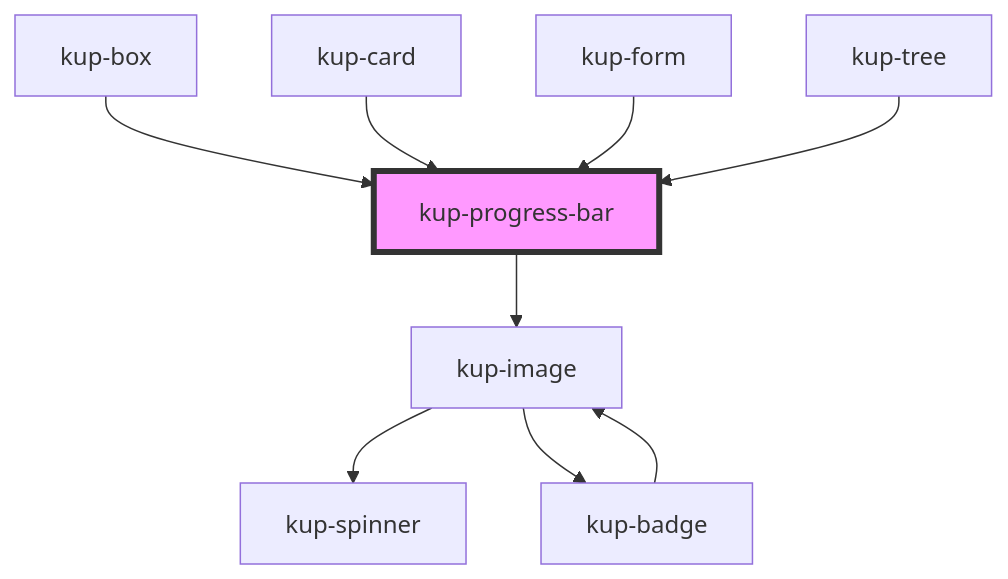
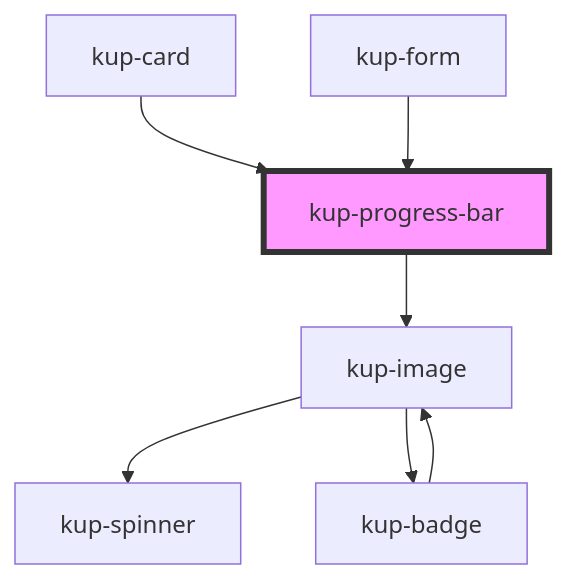
Before and after one commit to smeup/ketchup: the diagram in packages/ketchup/src/components/kup-progress-bar/readme.md, drawn with Mermaid. The commit also changed other lines of this file and 12 other files, not shown here.

Commit message:
Box and tree now behave like data table for shapes.

````diff
--- a/packages/ketchup/src/components/kup-progress-bar/readme.md
+++ b/packages/ketchup/src/components/kup-progress-bar/readme.md
@@ -50,12 +48,10 @@
 ```mermaid
 graph TD;
   kup-progress-bar --> kup-image
   kup-image --> kup-spinner
   kup-image --> kup-badge
   kup-badge --> kup-image
-  kup-box --> kup-progress-bar
   kup-card --> kup-progress-bar
   kup-form --> kup-progress-bar
-  kup-tree --> kup-progress-bar
   style kup-progress-bar fill:#f9f,stroke:#333,stroke-width:4px
 ```
````
